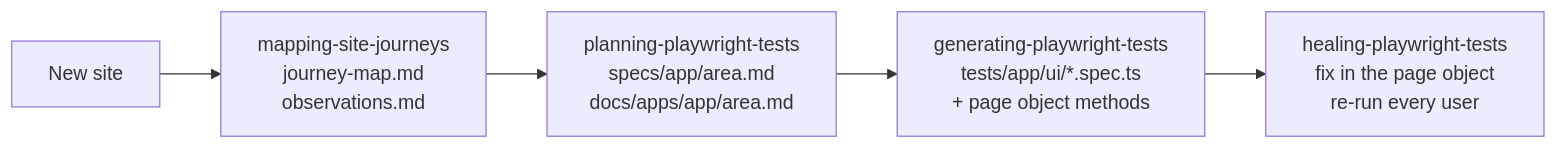
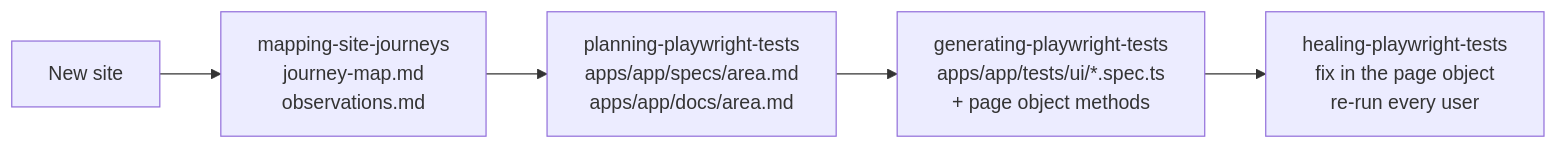
The second of 2 diagrams in lessons learned/14-skill-test-framework-skills.md (Ric-are-do/AgenticTesting), drawn with Mermaid before and after one commit. The commit also changed other lines of this file and 16 other files, not shown here.

````diff
--- a/lessons learned/14-skill-test-framework-skills.md
+++ b/lessons learned/14-skill-test-framework-skills.md
@@ -63,7 +63,7 @@
 ```mermaid
 flowchart LR
     new["New site"] --> site[mapping-site-journeys<br/>journey-map.md<br/>observations.md]
-    site --> plan[planning-playwright-tests<br/>specs/app/area.md<br/>docs/apps/app/area.md]
-    plan --> gen[generating-playwright-tests<br/>tests/app/ui/*.spec.ts<br/>+ page object methods]
+    site --> plan[planning-playwright-tests<br/>apps/app/specs/area.md<br/>apps/app/docs/area.md]
+    plan --> gen[generating-playwright-tests<br/>apps/app/tests/ui/*.spec.ts<br/>+ page object methods]
     gen --> heal[healing-playwright-tests<br/>fix in the page object<br/>re-run every user]
 ```
````
